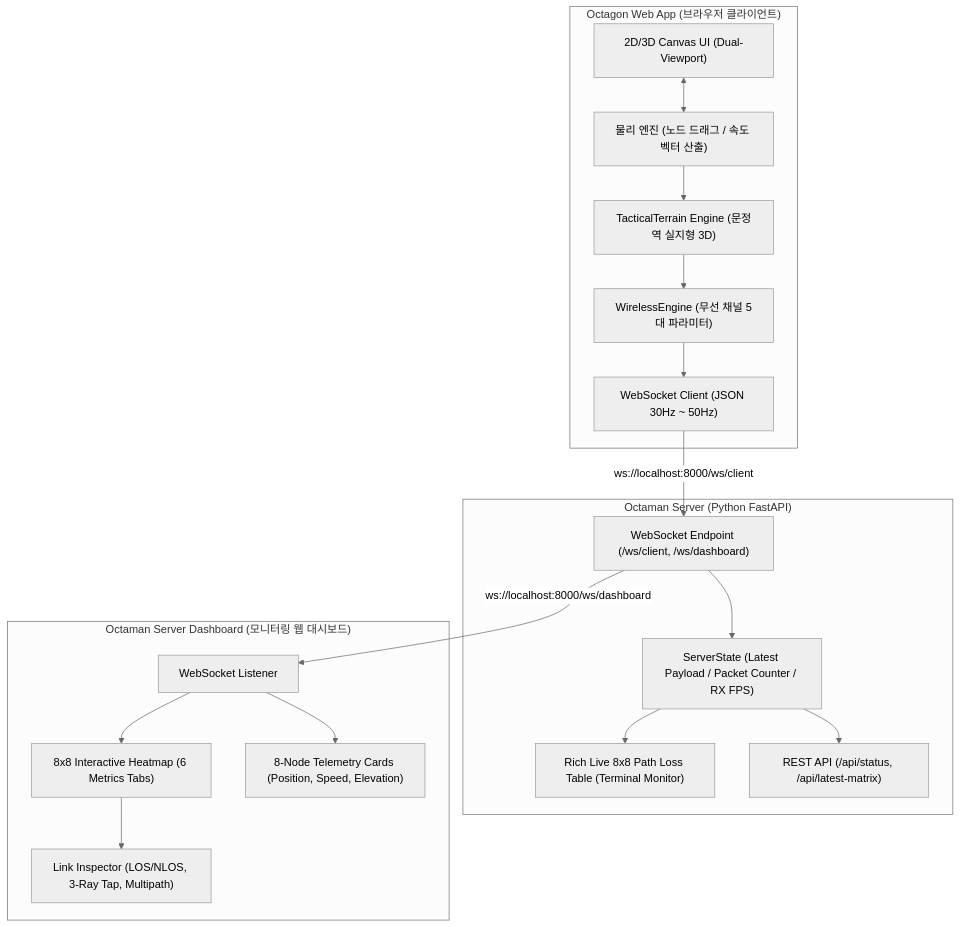
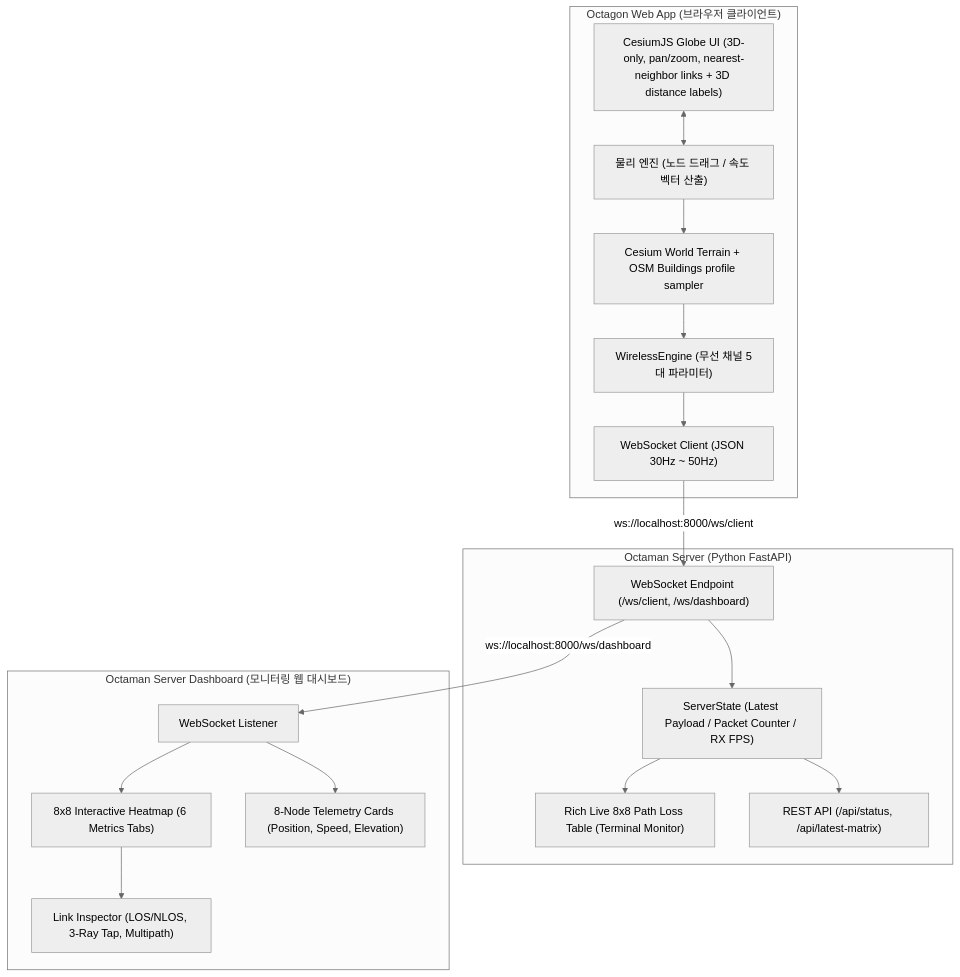
The first of 2 diagrams in SYSTEM_DESIGN.md (cglee-lowa/OCTAGON), drawn with Mermaid (neutral theme) before and after one commit. The commit also changed other lines of this file and 8 other files, not shown here.

````diff
--- a/SYSTEM_DESIGN.md
+++ b/SYSTEM_DESIGN.md
@@ -14,40 +14,40 @@
 ```mermaid
 flowchart TB
     subgraph Client["Octagon Web App (브라우저 클라이언트)"]
-        UI["2D/3D Canvas UI (Dual-Viewport)"]
+        UI["CesiumJS Globe UI (3D-only, pan/zoom, nearest-neighbor links + 3D distance labels)"]
         Physics["물리 엔진 (노드 드래그 / 속도 벡터 산출)"]
-        TerrainEngine["TacticalTerrain Engine (문정역 실지형 3D)"]
+        TerrainEngine["Cesium World Terrain + OSM Buildings profile sampler"]
         WirelessEngine["WirelessEngine (무선 채널 5대 파라미터)"]
         WSClient["WebSocket Client (JSON 30Hz ~ 50Hz)"]
 
         UI <--> Physics
         Physics --> TerrainEngine
         TerrainEngine --> WirelessEngine
         WirelessEngine --> WSClient
     end
 
     subgraph Server["Octaman Server (Python FastAPI)"]
         WSHub["WebSocket Endpoint (/ws/client, /ws/dashboard)"]
         State["ServerState (Latest Payload / Packet Counter / RX FPS)"]
         ConsoleTable["Rich Live 8x8 Path Loss Table (Terminal Monitor)"]
         REST["REST API (/api/status, /api/latest-matrix)"]
 
         WSHub --> State
         State --> ConsoleTable
         State --> REST
     end
 
     subgraph Dashboard["Octaman Server Dashboard (모니터링 웹 대시보드)"]
         WSDash["WebSocket Listener"]
         MatrixView["8x8 Interactive Heatmap (6 Metrics Tabs)"]
         Inspector["Link Inspector (LOS/NLOS, 3-Ray Tap, Multipath)"]
         Telemetry["8-Node Telemetry Cards (Position, Speed, Elevation)"]
 
         WSDash --> MatrixView
         MatrixView --> Inspector
         WSDash --> Telemetry
     end
 
     WSClient -- "ws://localhost:8000/ws/client" --> WSHub
     WSHub -- "ws://localhost:8000/ws/dashboard" --> WSDash
 ```
````
